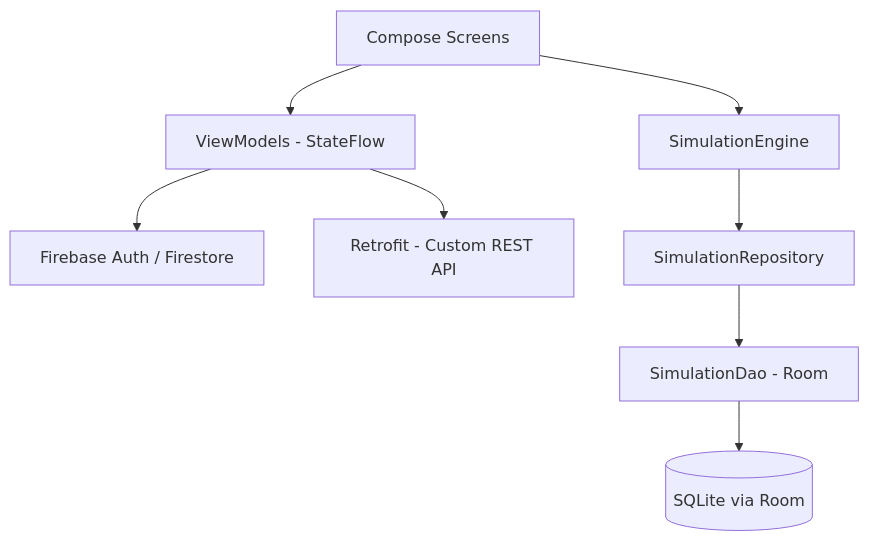
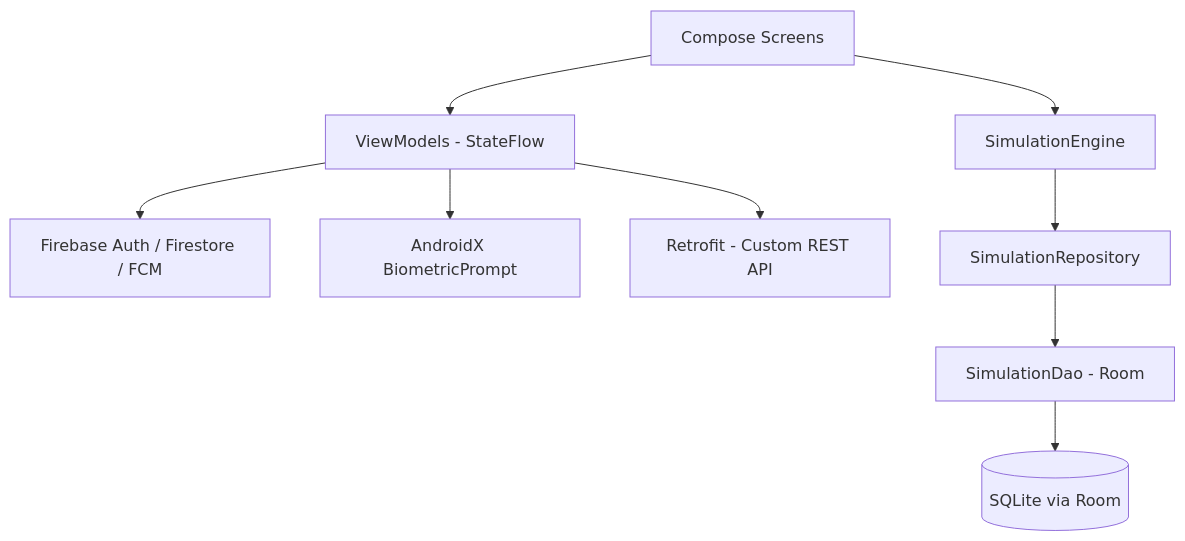
One commit to SiddiqMalik/WhatIf-Portfolio-Simulator-Group changed the second of 3 diagrams in README.md. Above: the diagram before and after it, drawn with Mermaid. The commit also changed other lines of this file, not shown here.

````diff
--- a/README.md
+++ b/README.md
@@ -136,10 +136,11 @@
 ```mermaid
 flowchart TD
     UI[Compose Screens] --> VM[ViewModels - StateFlow]
-    VM --> FB[Firebase Auth / Firestore]
+    VM --> FB[Firebase Auth / Firestore / FCM]
+    VM --> BIO[AndroidX BiometricPrompt]
     VM --> RET[Retrofit - Custom REST API]
     UI --> ENG[SimulationEngine]
     ENG --> REPO[SimulationRepository]
     REPO --> DAO[SimulationDao - Room]
     DAO --> DB[(SQLite via Room)]
 ```
````
